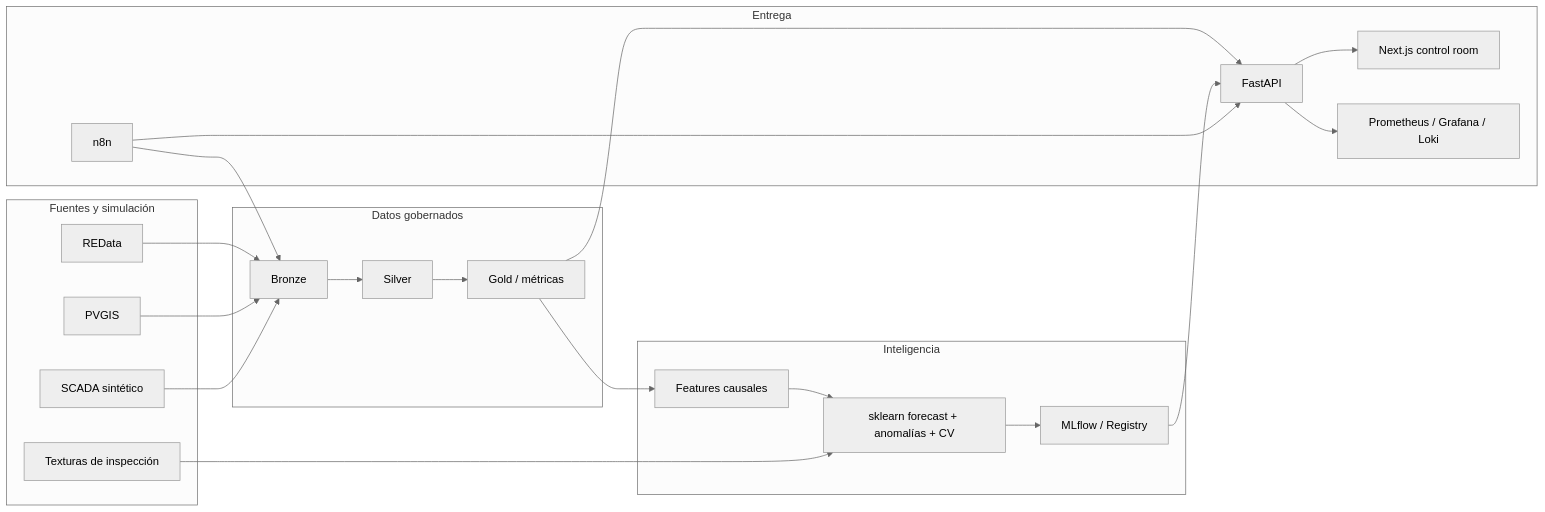
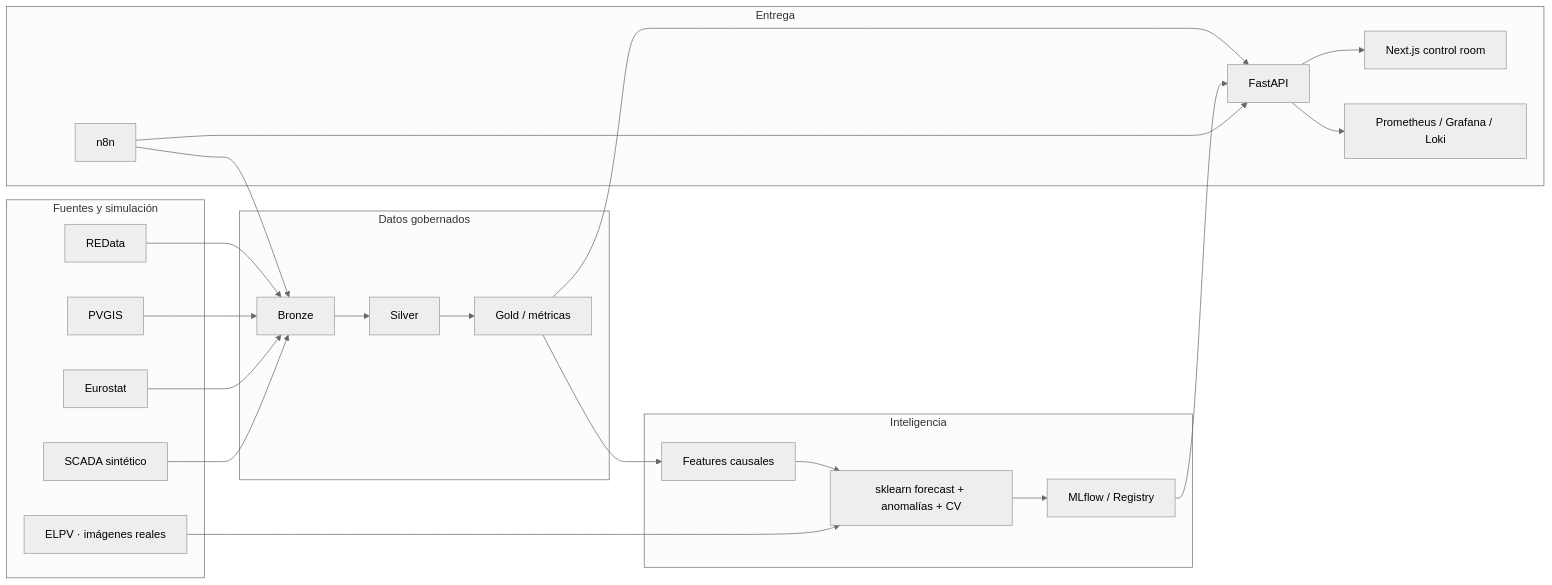
Before and after one commit to AlfonsoCifuentes/renewableops-ai: the diagram in README.md, drawn with Mermaid (neutral theme). The commit also changed other lines of this file and 118 other files, not shown here.

````diff
--- a/README.md
+++ b/README.md
@@ -131,34 +142,36 @@
 ```mermaid
 flowchart LR
   subgraph Sources["Fuentes y simulación"]
     REE["REData"]
     PVGIS["PVGIS"]
+    EURO["Eurostat"]
     SCADA["SCADA sintético"]
-    IMG["Texturas de inspección"]
+    IMG["ELPV · imágenes reales"]
   end
   subgraph Lakehouse["Datos gobernados"]
     B["Bronze"]
     S["Silver"]
     G["Gold / métricas"]
   end
   subgraph Intelligence["Inteligencia"]
     FE["Features causales"]
     SK["sklearn forecast + anomalías + CV"]
     MF["MLflow / Registry"]
   end
   subgraph Delivery["Entrega"]
     API["FastAPI"]
     UI["Next.js control room"]
     N8N["n8n"]
     OBS["Prometheus / Grafana / Loki"]
   end
   REE --> B
   PVGIS --> B
+  EURO --> B
   SCADA --> B --> S --> G --> FE --> SK --> MF
   IMG --> SK
   G --> API --> UI
   MF --> API
   N8N --> B
   N8N --> API
   API --> OBS
 ```
````
